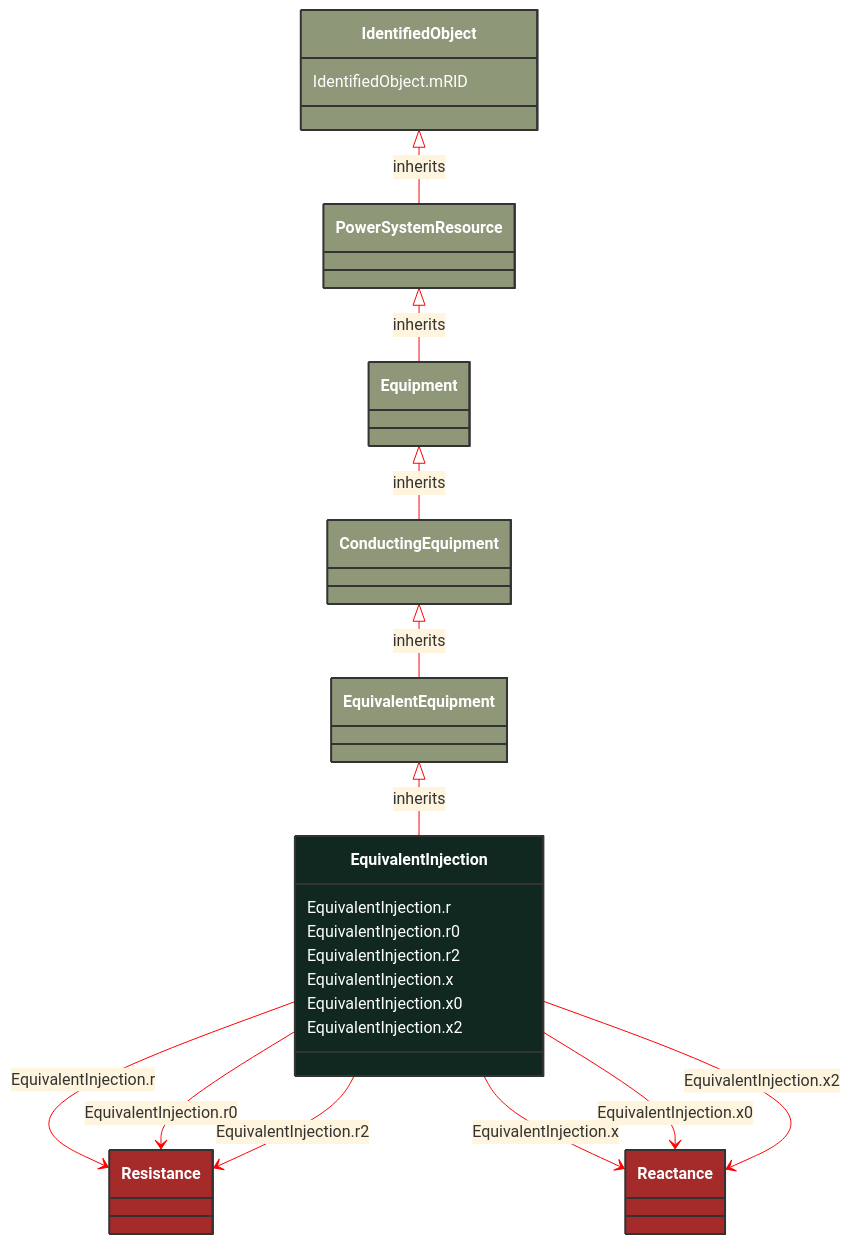
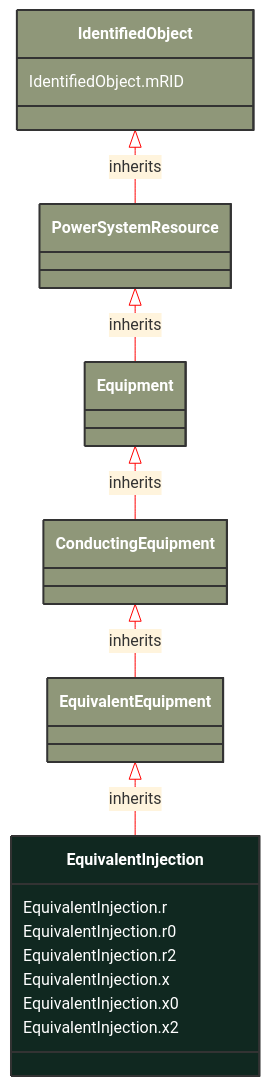
Before and after one commit to 3lbits/NoCIMExtensions: the diagram in docs/Models/Profiles/ShortCircuit/ConcreteClasses/EquivalentInjection.md, drawn with Mermaid. The commit also changed other lines of this file and 397 other files, not shown here.

First line of the commit message:
Refactor CIM schemas to introduce abstract classes and consolidate data types

````diff
--- a/docs/Models/Profiles/ShortCircuit/ConcreteClasses/EquivalentInjection.md
+++ b/docs/Models/Profiles/ShortCircuit/ConcreteClasses/EquivalentInjection.md
@@ -8,67 +8,37 @@
 ```mermaid
 %%{init: {'theme':'base','themeVariables': {'lineColor': '#FF0000'}}}%%
 classDiagram
     class EquivalentInjection
     click EquivalentInjection href "/Models/Profiles/ShortCircuit/ConcreteClasses/EquivalentInjection/"
     style EquivalentInjection fill:#102820,stroke:#333,stroke-width:2px,rx:10,ry:10,color:white
      
         EquivalentEquipment <|-- EquivalentInjection : inherits
-            click EquivalentEquipment href "/Models/Profiles/ShortCircuit/ConcreteClasses/EquivalentEquipment/"
+            click EquivalentEquipment href "/Models/Profiles/ShortCircuit/AbstractClasses/EquivalentEquipment/"
             style EquivalentEquipment fill:#8F9779,stroke:#333,stroke-width:2px,rx:10,ry:10,color:white
      
         ConductingEquipment <|-- EquivalentEquipment : inherits
-            click ConductingEquipment href "/Models/Profiles/ShortCircuit/ConcreteClasses/ConductingEquipment/"
+            click ConductingEquipment href "/Models/Profiles/ShortCircuit/AbstractClasses/ConductingEquipment/"
             style ConductingEquipment fill:#8F9779,stroke:#333,stroke-width:2px,rx:10,ry:10,color:white
      
         Equipment <|-- ConductingEquipment : inherits
-            click Equipment href "/Models/Profiles/ShortCircuit/ConcreteClasses/Equipment/"
+            click Equipment href "/Models/Profiles/ShortCircuit/AbstractClasses/Equipment/"
             style Equipment fill:#8F9779,stroke:#333,stroke-width:2px,rx:10,ry:10,color:white
      
         PowerSystemResource <|-- Equipment : inherits
-            click PowerSystemResource href "/Models/Profiles/ShortCircuit/ConcreteClasses/PowerSystemResource/"
+            click PowerSystemResource href "/Models/Profiles/ShortCircuit/AbstractClasses/PowerSystemResource/"
             style PowerSystemResource fill:#8F9779,stroke:#333,stroke-width:2px,rx:10,ry:10,color:white
      
         IdentifiedObject <|-- PowerSystemResource : inherits
-            click IdentifiedObject href "/Models/Profiles/ShortCircuit/ConcreteClasses/IdentifiedObject/"
+            click IdentifiedObject href "/Models/Profiles/ShortCircuit/AbstractClasses/IdentifiedObject/"
             style IdentifiedObject fill:#8F9779,stroke:#333,stroke-width:2px,rx:10,ry:10,color:white
 
-        EquivalentInjection --> Resistance : EquivalentInjection.r
-
-        Resistance
-            click Resistance href "/Models/Profiles/ShortCircuit/ConcreteClasses/Resistance/"
-            style Resistance fill:#A52A2A,stroke:#333,stroke-width:2px,rx:10,ry:10,color:white
-        EquivalentInjection --> Resistance : EquivalentInjection.r0
-
-        Resistance
-            click Resistance href "/Models/Profiles/ShortCircuit/ConcreteClasses/Resistance/"
-            style Resistance fill:#A52A2A,stroke:#333,stroke-width:2px,rx:10,ry:10,color:white
-        EquivalentInjection --> Resistance : EquivalentInjection.r2
-
-        Resistance
-            click Resistance href "/Models/Profiles/ShortCircuit/ConcreteClasses/Resistance/"
-            style Resistance fill:#A52A2A,stroke:#333,stroke-width:2px,rx:10,ry:10,color:white
-        EquivalentInjection --> Reactance : EquivalentInjection.x
-
-        Reactance
-            click Reactance href "/Models/Profiles/ShortCircuit/ConcreteClasses/Reactance/"
-            style Reactance fill:#A52A2A,stroke:#333,stroke-width:2px,rx:10,ry:10,color:white
-        EquivalentInjection --> Reactance : EquivalentInjection.x0
-
-        Reactance
-            click Reactance href "/Models/Profiles/ShortCircuit/ConcreteClasses/Reactance/"
-            style Reactance fill:#A52A2A,stroke:#333,stroke-width:2px,rx:10,ry:10,color:white
-        EquivalentInjection --> Reactance : EquivalentInjection.x2
-
-        Reactance
-            click Reactance href "/Models/Profiles/ShortCircuit/ConcreteClasses/Reactance/"
-            style Reactance fill:#A52A2A,stroke:#333,stroke-width:2px,rx:10,ry:10,color:white
 
 
         EquivalentInjection : EquivalentInjection.r
         EquivalentInjection : EquivalentInjection.r0
         EquivalentInjection : EquivalentInjection.r2
         EquivalentInjection : EquivalentInjection.x
         EquivalentInjection : EquivalentInjection.x0
         EquivalentInjection : EquivalentInjection.x2
         IdentifiedObject : IdentifiedObject.mRID
 ```
````
